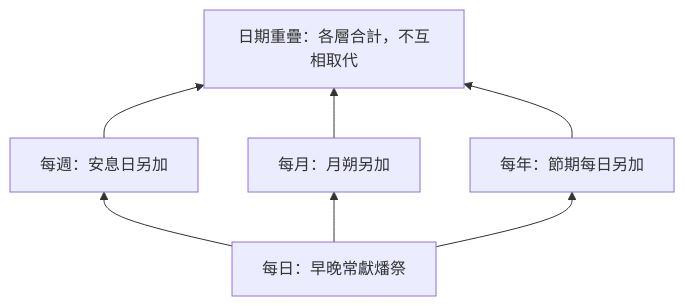
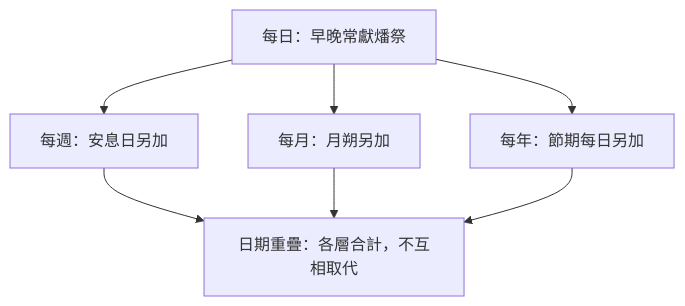
Before and after one commit to andyjr5566/Bible_wiki_zh: the diagram in 04 民數記/第28章.md, drawn with Mermaid. The commit also changed 72 other files, not shown here.

````diff
--- a/04 民數記/第28章.md
+++ b/04 民數記/第28章.md
@@ -130,9 +130,9 @@
 ```mermaid
-flowchart BT
+flowchart TD
   D["每日：早晚常獻燔祭"] --> S["每週：安息日另加"]
   D --> M["每月：月朔另加"]
   D --> F["每年：節期每日另加"]
   S --> O["日期重疊：各層合計，不互相取代"]
   M --> O
   F --> O
 ```
````
